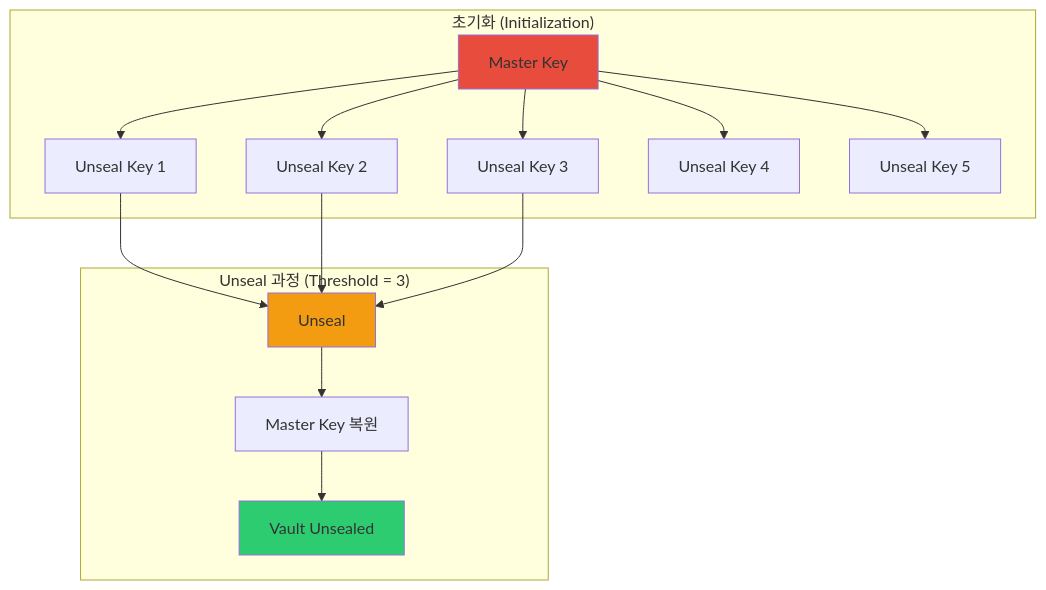
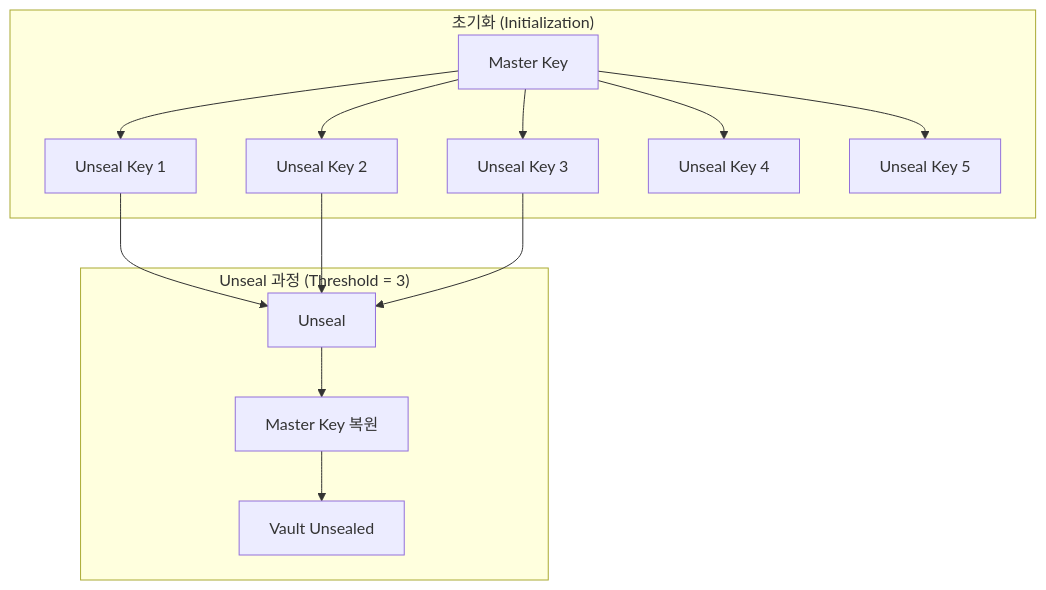
One commit to juwon8891/juwon8891.github.io changed the fourth of 12 diagrams in docs/cicd/week7-vault-secrets.md. Above: the diagram before and after it, drawn with Mermaid. The commit also changed other lines of this file and 18 other files, not shown here.

Commit message:
Remove bright colors from Mermaid diagrams for dark mode compatibility

````diff
--- a/docs/cicd/week7-vault-secrets.md
+++ b/docs/cicd/week7-vault-secrets.md
@@ -374,23 +366,20 @@
 ```mermaid
 graph TB
     subgraph "초기화 (Initialization)"
         MK[Master Key]
         MK --> K1[Unseal Key 1]
         MK --> K2[Unseal Key 2]
         MK --> K3[Unseal Key 3]
         MK --> K4[Unseal Key 4]
         MK --> K5[Unseal Key 5]
     end
 
     subgraph "Unseal 과정 (Threshold = 3)"
         K1 --> U[Unseal]
         K2 --> U
         K3 --> U
         U --> MK2[Master Key 복원]
         MK2 --> V[Vault Unsealed]
     end
 
-    style MK fill:#e74c3c
-    style V fill:#2ecc71
-    style U fill:#f39c12
 ```
````
